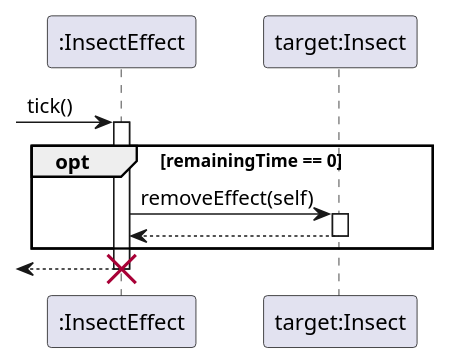
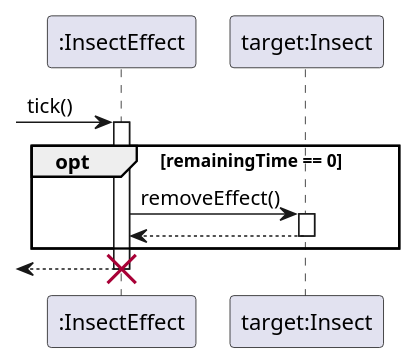
The diagram in InsectEffect/effect-wearoff.pu (ZD4ve/projlab-error521), drawn with PlantUML before and after one commit. The commit also changed 4 other files, not shown here.

```diff
--- a/InsectEffect/effect-wearoff.pu
+++ b/InsectEffect/effect-wearoff.pu
@@ -1,20 +1,22 @@
 @startuml
 
 participant ":InsectEffect" as effect
 participant "target:Insect" as target
 
 -> effect : tick()
 activate effect
 
 opt remainingTime == 0
-    effect -> target : removeEffect(self)
+
+    ' TODO use getters and setter here instead
+    effect -> target : removeEffect()
     activate target
 
     effect <-- target
     deactivate target
 end
 
 <-- effect
 destroy effect
 
 @enduml
```
